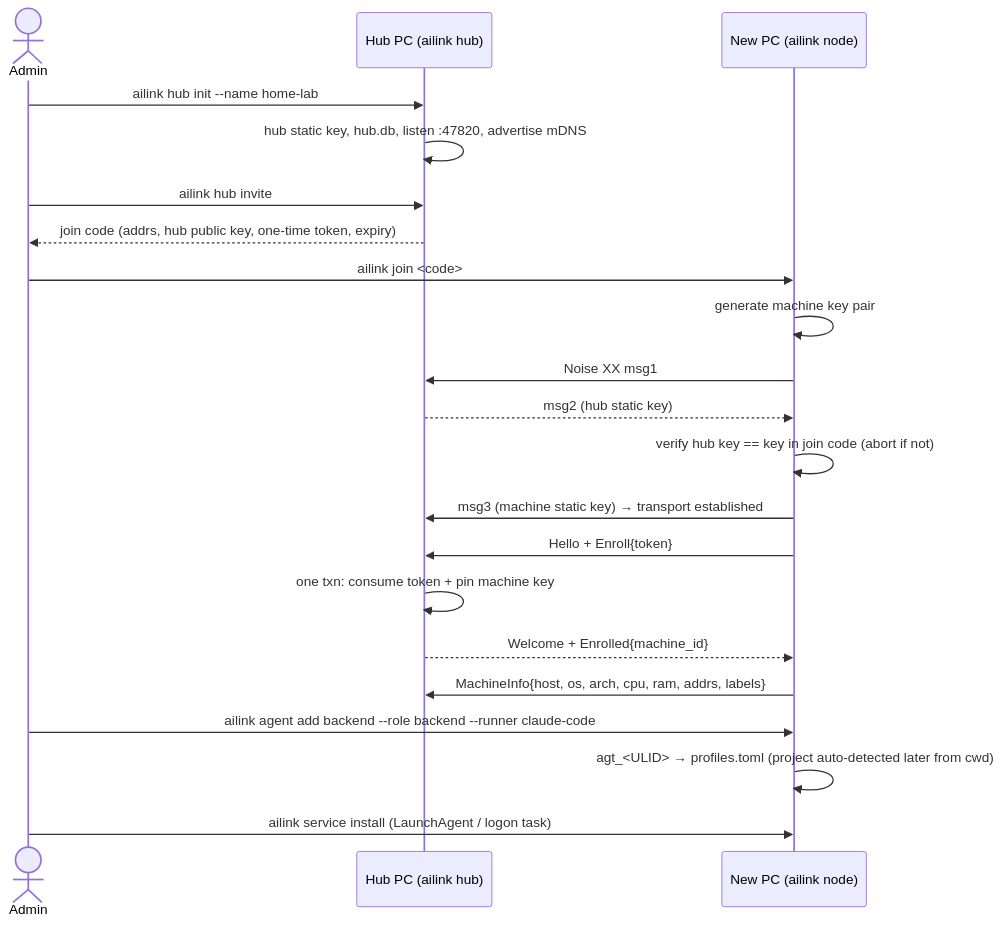
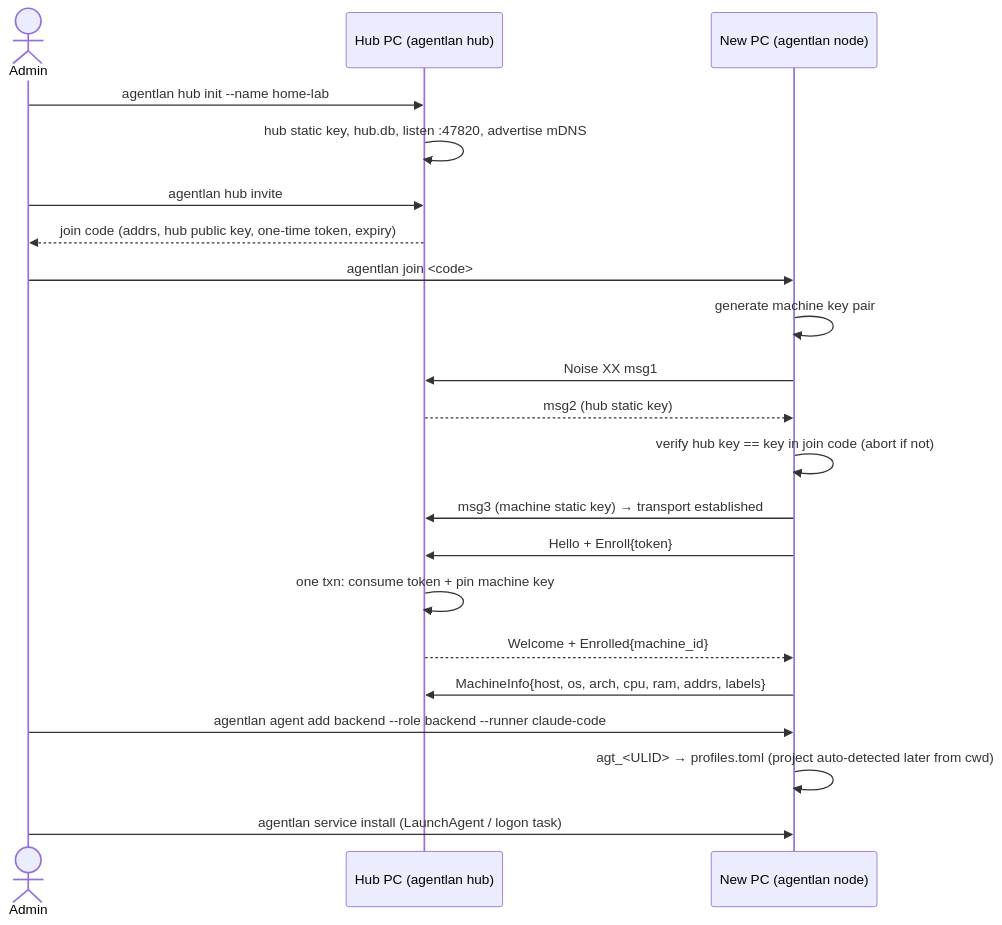
Before and after one commit to jenn0pal/agentlan: the first of 7 diagrams in PROPOSAL.md, drawn with Mermaid. The commit also changed other lines of this file and 56 other files, not shown here.

First line of the commit message:
Rename project: ailink -> agentlan

````diff
--- a/PROPOSAL.md
+++ b/PROPOSAL.md
@@ -645,23 +645,23 @@
 ```mermaid
 sequenceDiagram
     actor Admin
-    participant H as Hub PC (ailink hub)
-    participant N as New PC (ailink node)
-    Admin->>H: ailink hub init --name home-lab
+    participant H as Hub PC (agentlan hub)
+    participant N as New PC (agentlan node)
+    Admin->>H: agentlan hub init --name home-lab
     H->>H: hub static key, hub.db, listen :47820, advertise mDNS
-    Admin->>H: ailink hub invite
+    Admin->>H: agentlan hub invite
     H-->>Admin: join code (addrs, hub public key, one-time token, expiry)
-    Admin->>N: ailink join <code>
+    Admin->>N: agentlan join <code>
     N->>N: generate machine key pair
     N->>H: Noise XX msg1
     H-->>N: msg2 (hub static key)
     N->>N: verify hub key == key in join code (abort if not)
     N->>H: msg3 (machine static key) → transport established
     N->>H: Hello + Enroll{token}
     H->>H: one txn: consume token + pin machine key
     H-->>N: Welcome + Enrolled{machine_id}
     N->>H: MachineInfo{host, os, arch, cpu, ram, addrs, labels}
-    Admin->>N: ailink agent add backend --role backend --runner claude-code
+    Admin->>N: agentlan agent add backend --role backend --runner claude-code
     N->>N: agt_<ULID> → profiles.toml (project auto-detected later from cwd)
-    Admin->>N: ailink service install (LaunchAgent / logon task)
+    Admin->>N: agentlan service install (LaunchAgent / logon task)
 ```
````
